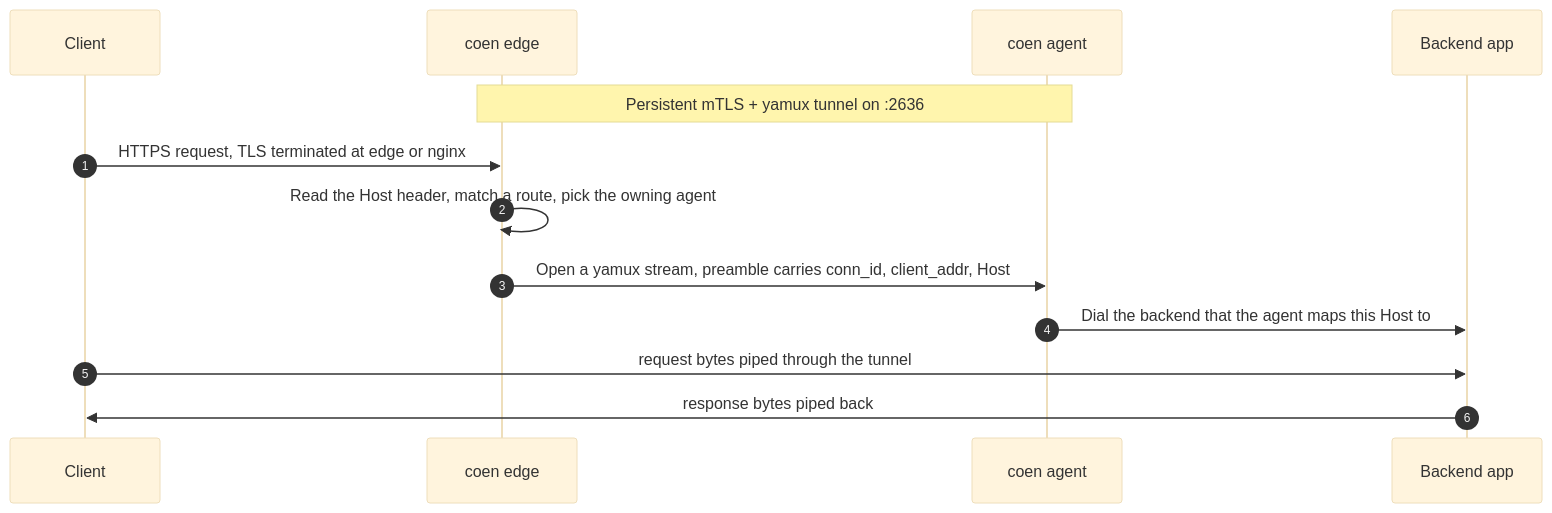
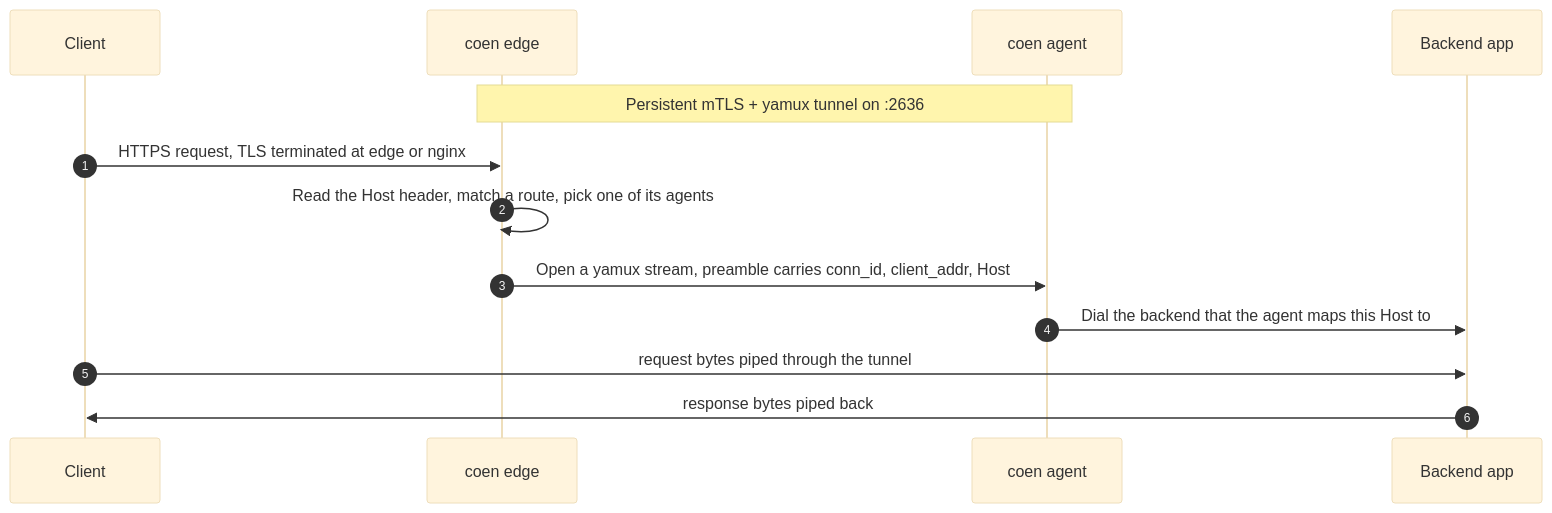
One commit to baspeters/coen changed the second of 4 diagrams in README.md. Above: the diagram before and after it, drawn with Mermaid (base theme). The commit also changed other lines of this file and 38 other files, not shown here.

````diff
--- a/README.md
+++ b/README.md
@@ -143,15 +151,15 @@
 ```mermaid
 sequenceDiagram
     autonumber
     participant C as Client
     participant E as coen edge
     participant A as coen agent
     participant B as Backend app
     Note over E,A: Persistent mTLS + yamux tunnel on :2636
     C->>E: HTTPS request, TLS terminated at edge or nginx
-    E->>E: Read the Host header, match a route, pick the owning agent
+    E->>E: Read the Host header, match a route, pick one of its agents
     E->>A: Open a yamux stream, preamble carries conn_id, client_addr, Host
     A->>B: Dial the backend that the agent maps this Host to
     C->>B: request bytes piped through the tunnel
     B->>C: response bytes piped back
 ```
````
